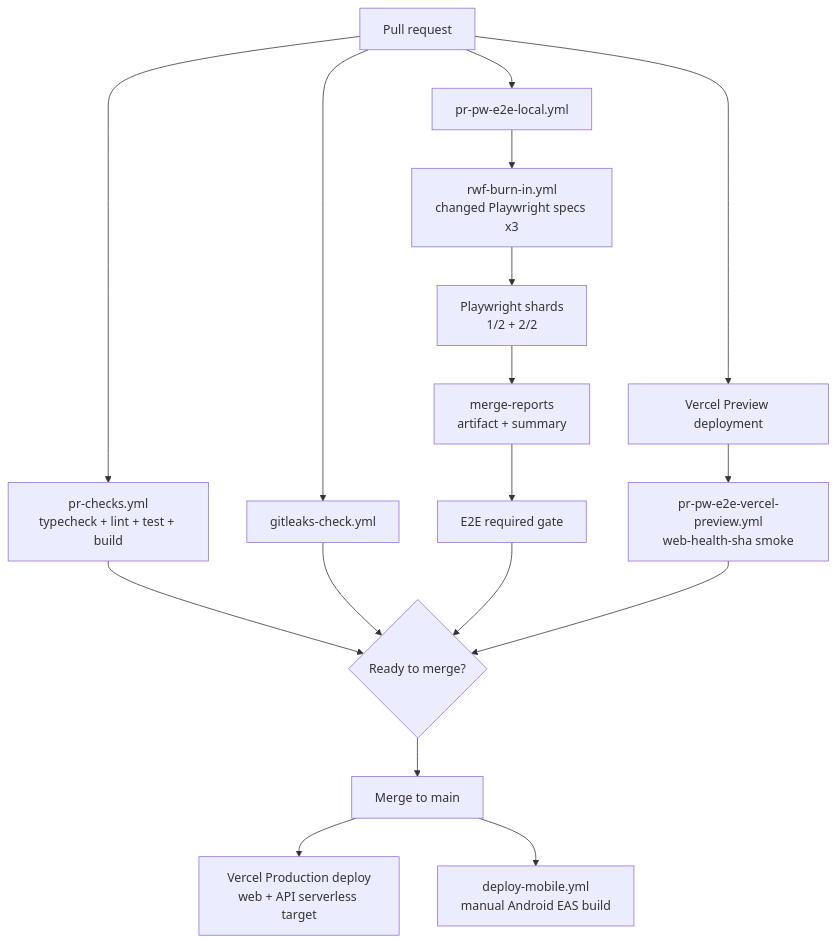
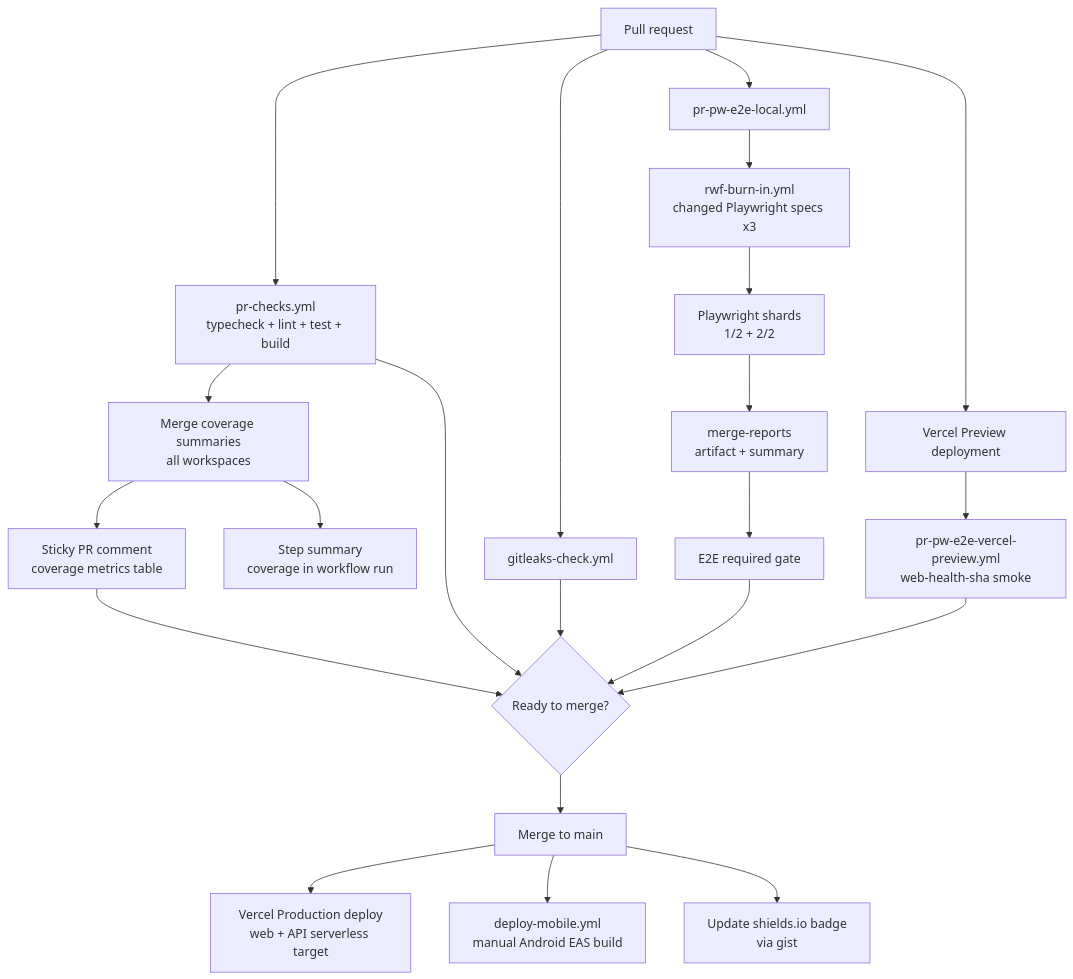
One commit to muratkeremozcan/couture-cast changed the seventh of 16 diagrams in _bmad-output/project-knowledge/learning-path-step-by-step.md. Above: the diagram before and after it, drawn with Mermaid. The commit also changed other lines of this file and 15 other files, not shown here.

Commit message:
chore: coverage report in PRs and coverage shields in readme

````diff
--- a/_bmad-output/project-knowledge/learning-path-step-by-step.md
+++ b/_bmad-output/project-knowledge/learning-path-step-by-step.md
@@ -566,23 +573,29 @@
 ```mermaid
 flowchart TD
   PR[Pull request] --> PRCHECKS[pr-checks.yml<br/>typecheck + lint + test + build]
   PR --> GITLEAKS[gitleaks-check.yml]
   PR --> E2E[pr-pw-e2e-local.yml]
 
   E2E --> BURNIN[rwf-burn-in.yml<br/>changed Playwright specs x3]
   BURNIN --> SHARDS[Playwright shards<br/>1/2 + 2/2]
   SHARDS --> MERGE_REPORTS[merge-reports<br/>artifact + summary]
   MERGE_REPORTS --> E2E_GATE[E2E required gate]
 
   PR --> PREVIEW[Vercel Preview deployment]
   PREVIEW --> PREVIEW_SMOKE[pr-pw-e2e-vercel-preview.yml<br/>web-health-sha smoke]
 
+  PRCHECKS --> COV[Merge coverage summaries<br/>all workspaces]
+  COV --> COMMENT[Sticky PR comment<br/>coverage metrics table]
+  COV --> SUMMARY[Step summary<br/>coverage in workflow run]
+
   PRCHECKS --> READY{Ready to merge?}
   GITLEAKS --> READY
   E2E_GATE --> READY
   PREVIEW_SMOKE --> READY
+  COMMENT --> READY
 
   READY --> MAIN[Merge to main]
   MAIN --> PROD[Vercel Production deploy<br/>web + API serverless target]
   MAIN --> MOBILE[deploy-mobile.yml<br/>manual Android EAS build]
+  MAIN --> BADGE[Update shields.io badge<br/>via gist]
 ```
````
